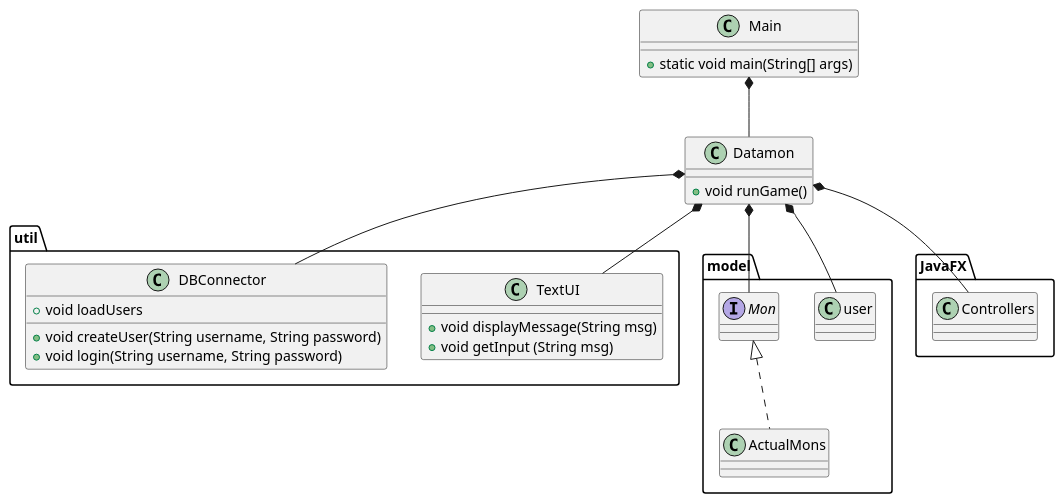
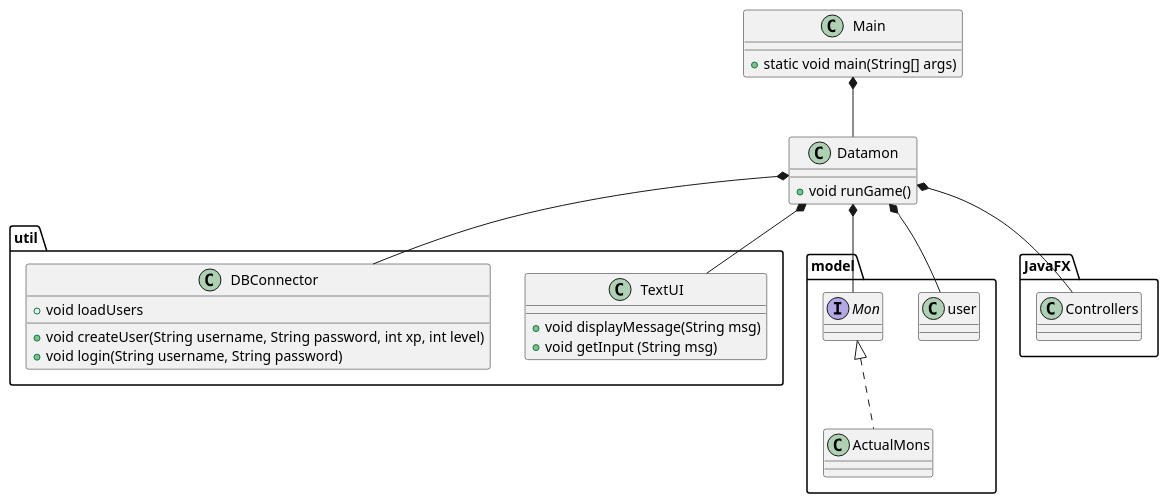
The diagram in doc/class.puml (Magi2106/ICE), drawn with PlantUML before and after one commit. The commit also changed 4 other files, not shown here.

```diff
--- a/doc/class.puml
+++ b/doc/class.puml
@@ -1,53 +1,53 @@
 @startuml
 'https://plantuml.com/class-diagram
 
 class Main{
     + static void main(String[] args)
 }
 class Datamon{
     + void runGame()
 }
 
 package "util"{
     class TextUI{
         + void displayMessage(String msg)
         + void getInput (String msg)
     }
     class DBConnector{
         + void loadUsers
-        + void createUser(String username, String password)
+        + void createUser(String username, String password, int xp, int level)
         + void login(String username, String password)
 
     }
 }
 package "model" {
     class user{
 
     }
     interface Mon{
 
     }
     class ActualMons implements Mon{
 
     }
 }
 
 package "JavaFX"{
     class Controllers
 }
 
 Main *-- Datamon
 Datamon *-- Mon
 Datamon *-- TextUI
 Datamon *-- DBConnector
 Datamon *-- user
 Datamon *-- Controllers
 
 
 
 
 
 
 
 
 @enduml
```
